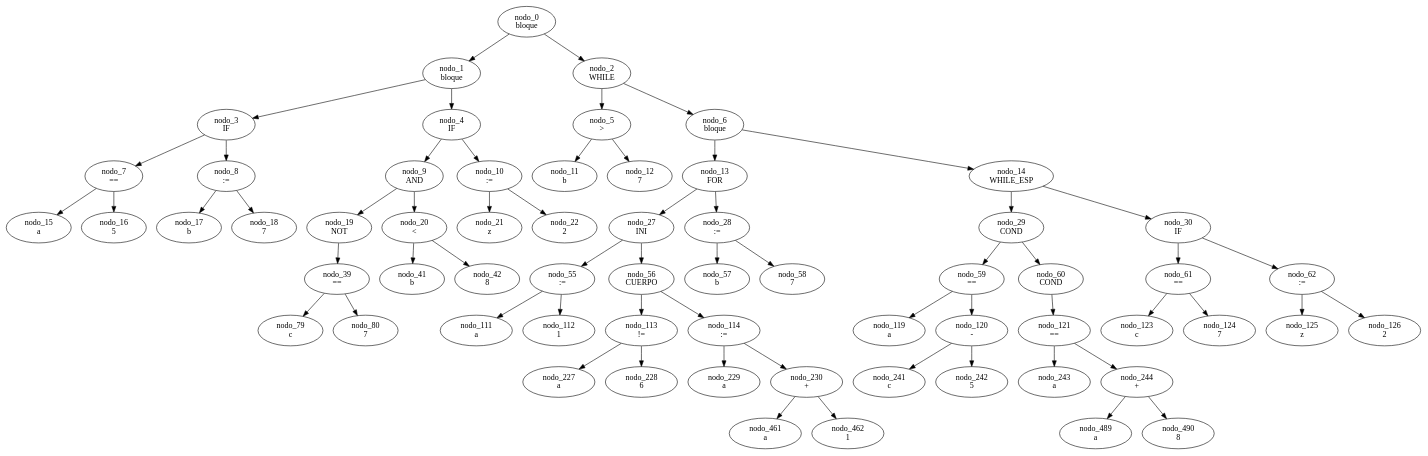
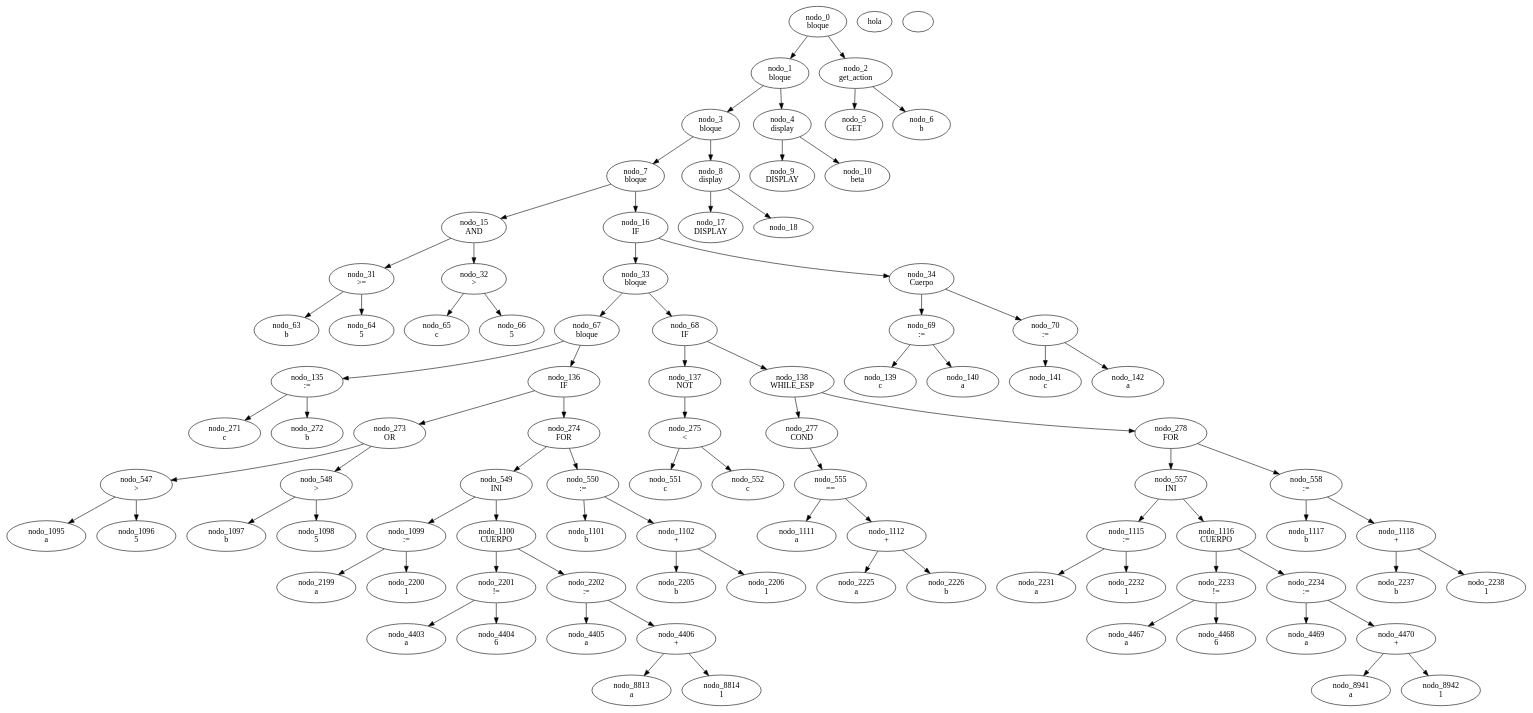
The diagram in Codigo/gragh.dot (FacuBouza/TP_LyC_Grupo07), drawn with Graphviz before and after one commit. The commit also changed 6 other files, not shown here.

```diff
--- a/Codigo/gragh.dot
+++ b/Codigo/gragh.dot
@@ -1,64 +1,92 @@
 digraph G {
 	"nodo_0 \nbloque" -> "nodo_1 \nbloque"
-	"nodo_0 \nbloque" -> "nodo_2 \nWHILE"
-	"nodo_1 \nbloque" -> "nodo_3 \nIF"
-	"nodo_1 \nbloque" -> "nodo_4 \nIF"
-	"nodo_3 \nIF" -> "nodo_7 \n=="
-	"nodo_3 \nIF" -> "nodo_8 \n:="
-	"nodo_7 \n==" -> "nodo_15 \na"
-	"nodo_7 \n==" -> "nodo_16 \n5"
-	"nodo_8 \n:=" -> "nodo_17 \nb"
-	"nodo_8 \n:=" -> "nodo_18 \n7"
-	"nodo_4 \nIF" -> "nodo_9 \nAND"
-	"nodo_4 \nIF" -> "nodo_10 \n:="
-	"nodo_9 \nAND" -> "nodo_19 \nNOT"
-	"nodo_9 \nAND" -> "nodo_20 \n<"
-	"nodo_19 \nNOT" -> "nodo_39 \n=="
-	"nodo_39 \n==" -> "nodo_79 \nc"
-	"nodo_39 \n==" -> "nodo_80 \n7"
-	"nodo_20 \n<" -> "nodo_41 \nb"
-	"nodo_20 \n<" -> "nodo_42 \n8"
-	"nodo_10 \n:=" -> "nodo_21 \nz"
-	"nodo_10 \n:=" -> "nodo_22 \n2"
-	"nodo_2 \nWHILE" -> "nodo_5 \n>"
-	"nodo_2 \nWHILE" -> "nodo_6 \nbloque"
-	"nodo_5 \n>" -> "nodo_11 \nb"
-	"nodo_5 \n>" -> "nodo_12 \n7"
-	"nodo_6 \nbloque" -> "nodo_13 \nFOR"
-	"nodo_6 \nbloque" -> "nodo_14 \nWHILE_ESP"
-	"nodo_13 \nFOR" -> "nodo_27 \nINI"
-	"nodo_13 \nFOR" -> "nodo_28 \n:="
-	"nodo_27 \nINI" -> "nodo_55 \n:="
-	"nodo_27 \nINI" -> "nodo_56 \nCUERPO"
-	"nodo_55 \n:=" -> "nodo_111 \na"
-	"nodo_55 \n:=" -> "nodo_112 \n1"
-	"nodo_56 \nCUERPO" -> "nodo_113 \n!="
-	"nodo_56 \nCUERPO" -> "nodo_114 \n:="
-	"nodo_113 \n!=" -> "nodo_227 \na"
-	"nodo_113 \n!=" -> "nodo_228 \n6"
-	"nodo_114 \n:=" -> "nodo_229 \na"
-	"nodo_114 \n:=" -> "nodo_230 \n+"
-	"nodo_230 \n+" -> "nodo_461 \na"
-	"nodo_230 \n+" -> "nodo_462 \n1"
-	"nodo_28 \n:=" -> "nodo_57 \nb"
-	"nodo_28 \n:=" -> "nodo_58 \n7"
-	"nodo_14 \nWHILE_ESP" -> "nodo_29 \nCOND"
-	"nodo_14 \nWHILE_ESP" -> "nodo_30 \nIF"
-	"nodo_29 \nCOND" -> "nodo_59 \n=="
-	"nodo_29 \nCOND" -> "nodo_60 \nCOND"
-	"nodo_59 \n==" -> "nodo_119 \na"
-	"nodo_59 \n==" -> "nodo_120 \n-"
-	"nodo_120 \n-" -> "nodo_241 \nc"
-	"nodo_120 \n-" -> "nodo_242 \n5"
-	"nodo_60 \nCOND" -> "nodo_121 \n=="
-	"nodo_121 \n==" -> "nodo_243 \na"
-	"nodo_121 \n==" -> "nodo_244 \n+"
-	"nodo_244 \n+" -> "nodo_489 \na"
-	"nodo_244 \n+" -> "nodo_490 \n8"
-	"nodo_30 \nIF" -> "nodo_61 \n=="
-	"nodo_30 \nIF" -> "nodo_62 \n:="
-	"nodo_61 \n==" -> "nodo_123 \nc"
-	"nodo_61 \n==" -> "nodo_124 \n7"
-	"nodo_62 \n:=" -> "nodo_125 \nz"
-	"nodo_62 \n:=" -> "nodo_126 \n2"
+	"nodo_0 \nbloque" -> "nodo_2 \nget_action"
+	"nodo_1 \nbloque" -> "nodo_3 \nbloque"
+	"nodo_1 \nbloque" -> "nodo_4 \ndisplay"
+	"nodo_3 \nbloque" -> "nodo_7 \nbloque"
+	"nodo_3 \nbloque" -> "nodo_8 \ndisplay"
+	"nodo_7 \nbloque" -> "nodo_15 \nAND"
+	"nodo_7 \nbloque" -> "nodo_16 \nIF"
+	"nodo_15 \nAND" -> "nodo_31 \n>="
+	"nodo_15 \nAND" -> "nodo_32 \n>"
+	"nodo_31 \n>=" -> "nodo_63 \nb"
+	"nodo_31 \n>=" -> "nodo_64 \n5"
+	"nodo_32 \n>" -> "nodo_65 \nc"
+	"nodo_32 \n>" -> "nodo_66 \n5"
+	"nodo_16 \nIF" -> "nodo_33 \nbloque"
+	"nodo_16 \nIF" -> "nodo_34 \nCuerpo"
+	"nodo_33 \nbloque" -> "nodo_67 \nbloque"
+	"nodo_33 \nbloque" -> "nodo_68 \nIF"
+	"nodo_67 \nbloque" -> "nodo_135 \n:="
+	"nodo_67 \nbloque" -> "nodo_136 \nIF"
+	"nodo_135 \n:=" -> "nodo_271 \nc"
+	"nodo_135 \n:=" -> "nodo_272 \nb"
+	"nodo_136 \nIF" -> "nodo_273 \nOR"
+	"nodo_136 \nIF" -> "nodo_274 \nFOR"
+	"nodo_273 \nOR" -> "nodo_547 \n>"
+	"nodo_273 \nOR" -> "nodo_548 \n>"
+	"nodo_547 \n>" -> "nodo_1095 \na"
+	"nodo_547 \n>" -> "nodo_1096 \n5"
+	"nodo_548 \n>" -> "nodo_1097 \nb"
+	"nodo_548 \n>" -> "nodo_1098 \n5"
+	"nodo_274 \nFOR" -> "nodo_549 \nINI"
+	"nodo_274 \nFOR" -> "nodo_550 \n:="
+	"nodo_549 \nINI" -> "nodo_1099 \n:="
+	"nodo_549 \nINI" -> "nodo_1100 \nCUERPO"
+	"nodo_1099 \n:=" -> "nodo_2199 \na"
+	"nodo_1099 \n:=" -> "nodo_2200 \n1"
+	"nodo_1100 \nCUERPO" -> "nodo_2201 \n!="
+	"nodo_1100 \nCUERPO" -> "nodo_2202 \n:="
+	"nodo_2201 \n!=" -> "nodo_4403 \na"
+	"nodo_2201 \n!=" -> "nodo_4404 \n6"
+	"nodo_2202 \n:=" -> "nodo_4405 \na"
+	"nodo_2202 \n:=" -> "nodo_4406 \n+"
+	"nodo_4406 \n+" -> "nodo_8813 \na"
+	"nodo_4406 \n+" -> "nodo_8814 \n1"
+	"nodo_550 \n:=" -> "nodo_1101 \nb"
+	"nodo_550 \n:=" -> "nodo_1102 \n+"
+	"nodo_1102 \n+" -> "nodo_2205 \nb"
+	"nodo_1102 \n+" -> "nodo_2206 \n1"
+	"nodo_68 \nIF" -> "nodo_137 \nNOT"
+	"nodo_68 \nIF" -> "nodo_138 \nWHILE_ESP"
+	"nodo_137 \nNOT" -> "nodo_275 \n<"
+	"nodo_275 \n<" -> "nodo_551 \nc"
+	"nodo_275 \n<" -> "nodo_552 \nc"
+	"nodo_138 \nWHILE_ESP" -> "nodo_277 \nCOND"
+	"nodo_138 \nWHILE_ESP" -> "nodo_278 \nFOR"
+	"nodo_277 \nCOND" -> "nodo_555 \n=="
+	"nodo_555 \n==" -> "nodo_1111 \na"
+	"nodo_555 \n==" -> "nodo_1112 \n+"
+	"nodo_1112 \n+" -> "nodo_2225 \na"
+	"nodo_1112 \n+" -> "nodo_2226 \nb"
+	"nodo_278 \nFOR" -> "nodo_557 \nINI"
+	"nodo_278 \nFOR" -> "nodo_558 \n:="
+	"nodo_557 \nINI" -> "nodo_1115 \n:="
+	"nodo_557 \nINI" -> "nodo_1116 \nCUERPO"
+	"nodo_1115 \n:=" -> "nodo_2231 \na"
+	"nodo_1115 \n:=" -> "nodo_2232 \n1"
+	"nodo_1116 \nCUERPO" -> "nodo_2233 \n!="
+	"nodo_1116 \nCUERPO" -> "nodo_2234 \n:="
+	"nodo_2233 \n!=" -> "nodo_4467 \na"
+	"nodo_2233 \n!=" -> "nodo_4468 \n6"
+	"nodo_2234 \n:=" -> "nodo_4469 \na"
+	"nodo_2234 \n:=" -> "nodo_4470 \n+"
+	"nodo_4470 \n+" -> "nodo_8941 \na"
+	"nodo_4470 \n+" -> "nodo_8942 \n1"
+	"nodo_558 \n:=" -> "nodo_1117 \nb"
+	"nodo_558 \n:=" -> "nodo_1118 \n+"
+	"nodo_1118 \n+" -> "nodo_2237 \nb"
+	"nodo_1118 \n+" -> "nodo_2238 \n1"
+	"nodo_34 \nCuerpo" -> "nodo_69 \n:="
+	"nodo_34 \nCuerpo" -> "nodo_70 \n:="
+	"nodo_69 \n:=" -> "nodo_139 \nc"
+	"nodo_69 \n:=" -> "nodo_140 \na"
+	"nodo_70 \n:=" -> "nodo_141 \nc"
+	"nodo_70 \n:=" -> "nodo_142 \na"
+	"nodo_8 \ndisplay" -> "nodo_17 \nDISPLAY"
+	"nodo_8 \ndisplay" -> "nodo_18 \n"hola""
+	"nodo_4 \ndisplay" -> "nodo_9 \nDISPLAY"
+	"nodo_4 \ndisplay" -> "nodo_10 \nbeta"
+	"nodo_2 \nget_action" -> "nodo_5 \nGET"
+	"nodo_2 \nget_action" -> "nodo_6 \nb"
 }
```
